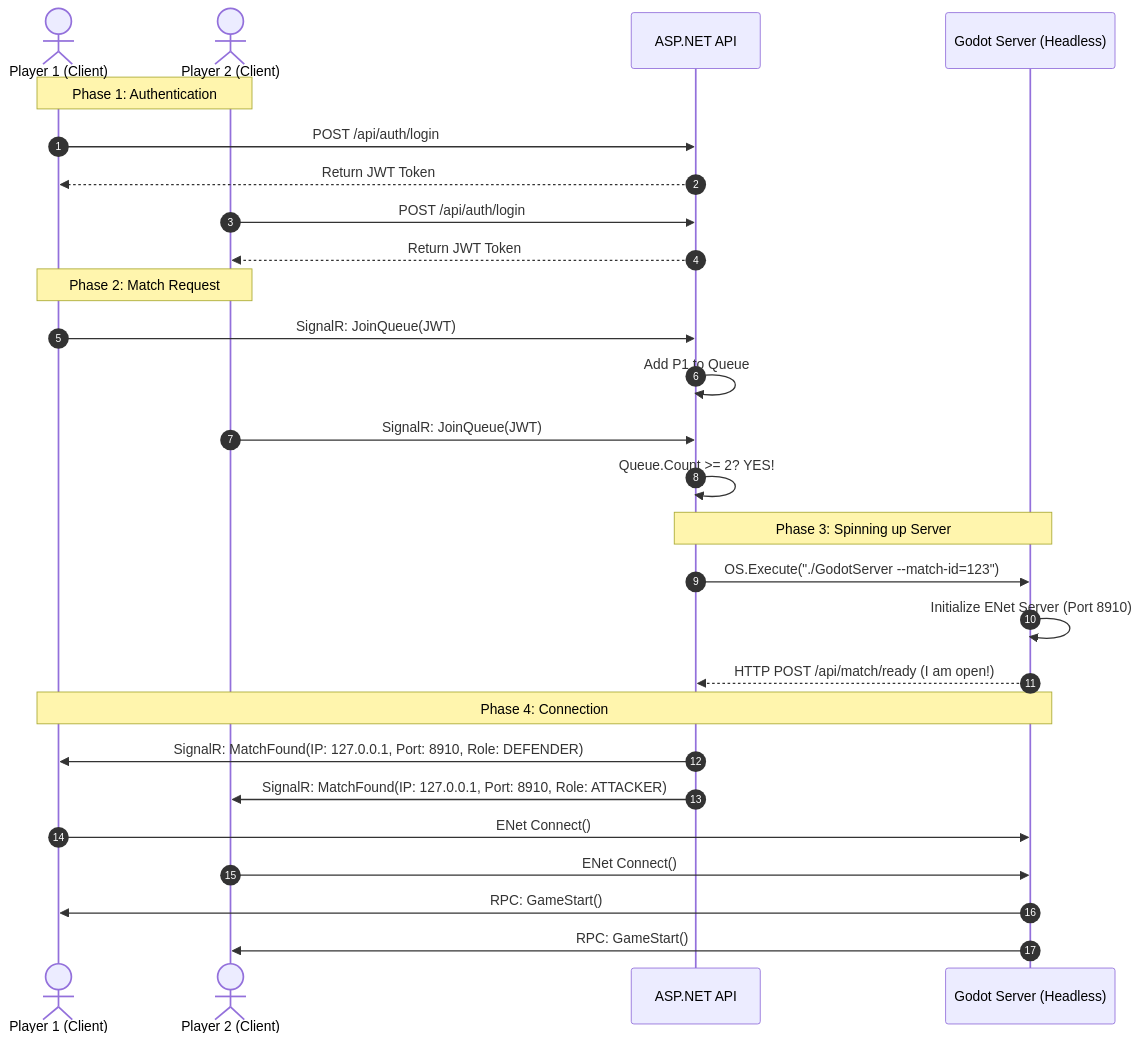
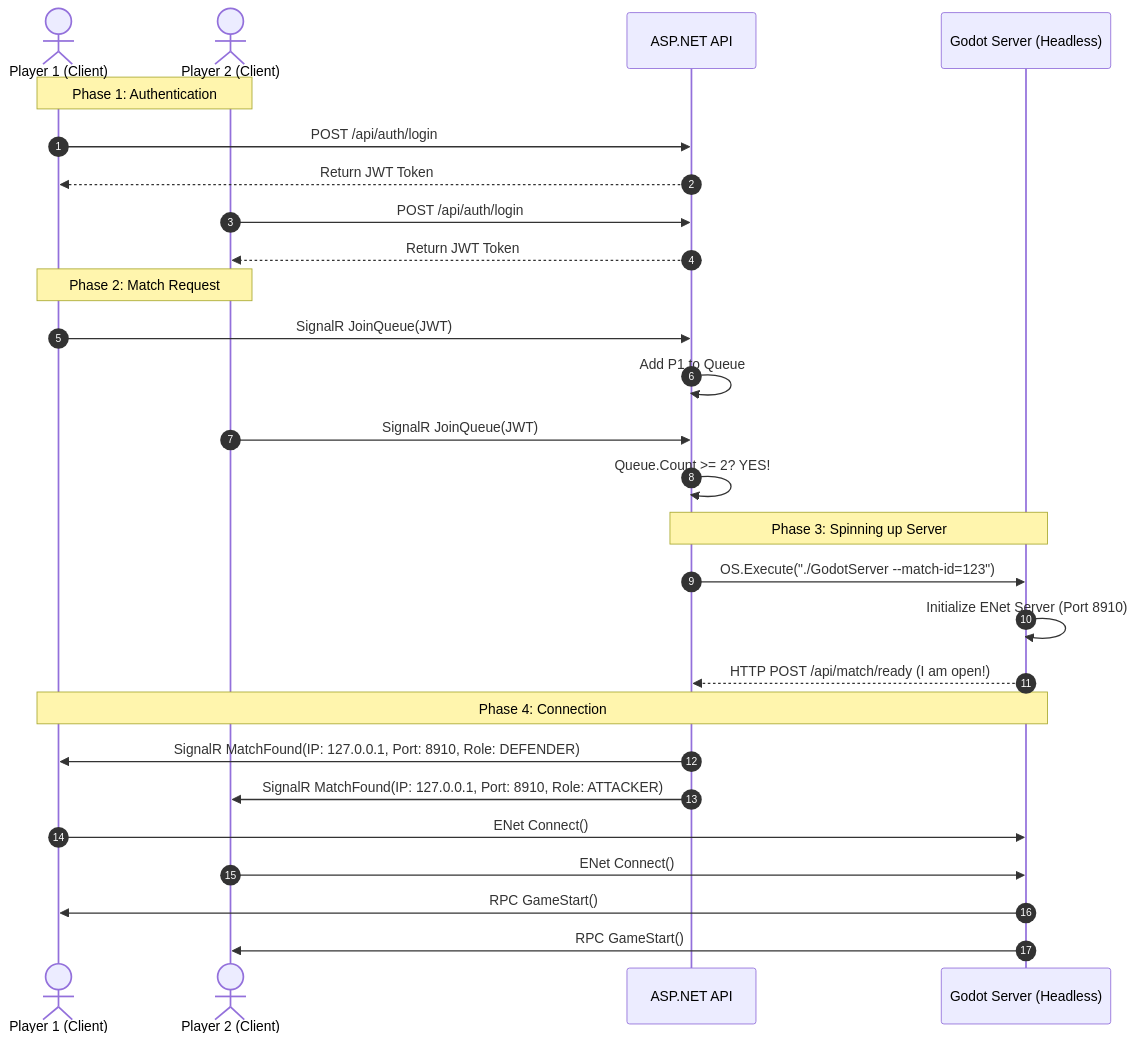
One commit to stefanFortza/farm-defense-harvest-wars changed the diagram in docs/diagrams/matchmaking_sequence.mmd. Above: the diagram before and after it, drawn with Mermaid. The commit also changed 9 other files, not shown here.

Commit message:
Update class structure and diagrams: refine class definitions, add economy loop, and enhance network architecture

```diff
--- a/docs/diagrams/matchmaking_sequence.mmd
+++ b/docs/diagrams/matchmaking_sequence.mmd
@@ -1,33 +1,33 @@
 sequenceDiagram
     autonumber
     actor P1 as Player 1 (Client)
     actor P2 as Player 2 (Client)
     participant API as ASP.NET API
     participant GS as Godot Server (Headless)
 
     Note over P1, P2: Phase 1: Authentication
     P1->>API: POST /api/auth/login
     API-->>P1: Return JWT Token
     P2->>API: POST /api/auth/login
     API-->>P2: Return JWT Token
 
     Note over P1, P2: Phase 2: Match Request
-    P1->>API: SignalR: JoinQueue(JWT)
+    P1->>API: SignalR JoinQueue(JWT)
     API->>API: Add P1 to Queue
-    P2->>API: SignalR: JoinQueue(JWT)
+    P2->>API: SignalR JoinQueue(JWT)
     API->>API: Queue.Count >= 2? YES!
 
     Note over API, GS: Phase 3: Spinning up Server
     API->>GS: OS.Execute("./GodotServer --match-id=123")
     GS->>GS: Initialize ENet Server (Port 8910)
     GS-->>API: HTTP POST /api/match/ready (I am open!)
 
     Note over P1, GS: Phase 4: Connection
-    API->>P1: SignalR: MatchFound(IP: 127.0.0.1, Port: 8910, Role: DEFENDER)
-    API->>P2: SignalR: MatchFound(IP: 127.0.0.1, Port: 8910, Role: ATTACKER)
+    API->>P1: SignalR MatchFound(IP: 127.0.0.1, Port: 8910, Role: DEFENDER)
+    API->>P2: SignalR MatchFound(IP: 127.0.0.1, Port: 8910, Role: ATTACKER)
 
     P1->>GS: ENet Connect()
     P2->>GS: ENet Connect()
     
-    GS->>P1: RPC: GameStart()
-    GS->>P2: RPC: GameStart()
+    GS->>P1: RPC GameStart()
+    GS->>P2: RPC GameStart()
```
